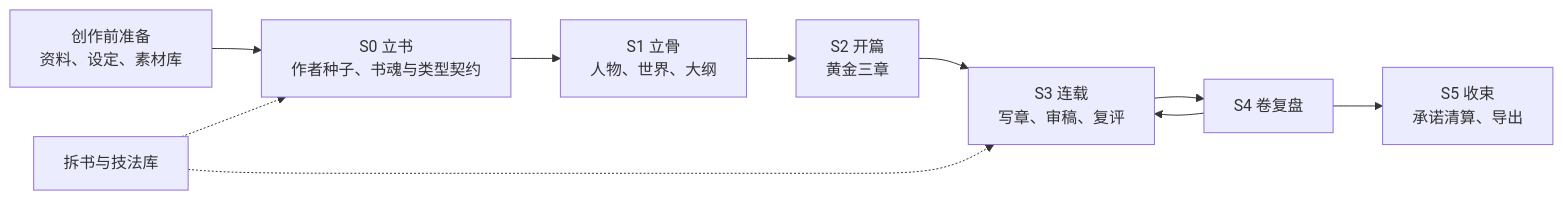
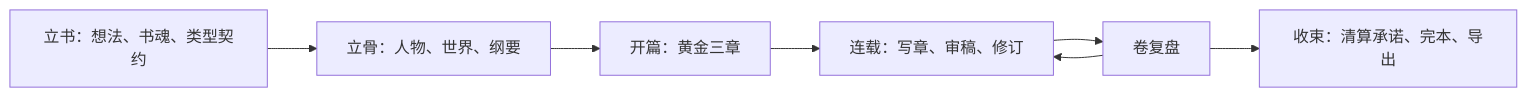
The diagram in README.md (cloudxy/ncc-plugin), drawn with Mermaid before and after one commit. The commit also changed other lines of this file and 165 other files, not shown here.

````diff
--- a/README.md
+++ b/README.md
@@ -56,12 +62,9 @@
 ```mermaid
 flowchart LR
-  A["创作前准备<br/>资料、设定、素材库"] --> B["S0 立书<br/>作者种子、书魂与类型契约"]
-  B --> C["S1 立骨<br/>人物、世界、大纲"]
-  C --> D["S2 开篇<br/>黄金三章"]
-  D --> E["S3 连载<br/>写章、审稿、复评"]
-  E --> F["S4 卷复盘"]
-  F --> E
-  F --> G["S5 收束<br/>承诺清算、导出"]
-  H["拆书与技法库"] -.-> B
-  H -.-> E
+  A[立书：想法、书魂、类型契约] --> B[立骨：人物、世界、纲要]
+  B --> C[开篇：黄金三章]
+  C --> D[连载：写章、审稿、修订]
+  D --> E[卷复盘]
+  E --> D
+  E --> F[收束：清算承诺、完本、导出]
 ```
````
